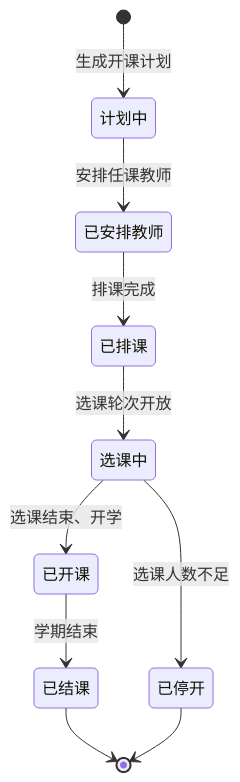
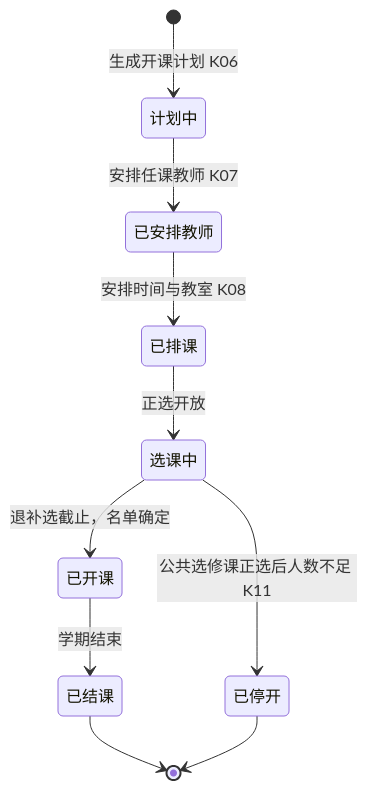
Before and after one commit to We1chan/databasecoursedesign: the ninth of 14 diagrams in docs/需求分析文档.md, drawn with Mermaid. The commit also changed other lines of this file and 29 other files, not shown here.

````diff
--- a/docs/需求分析文档.md
+++ b/docs/需求分析文档.md
@@ -1060,19 +747,19 @@
 ```mermaid
 stateDiagram-v2
     state "计划中" as A
     state "已安排教师" as B
     state "已排课" as C
     state "选课中" as D
     state "已开课" as E
     state "已结课" as F
     state "已停开" as X
-    [*] --> A : 生成开课计划
-    A --> B : 安排任课教师
-    B --> C : 排课完成
-    C --> D : 选课轮次开放
-    D --> E : 选课结束、开学
-    D --> X : 选课人数不足
+    [*] --> A : 生成开课计划 K06
+    A --> B : 安排任课教师 K07
+    B --> C : 安排时间与教室 K08
+    C --> D : 正选开放
+    D --> X : 公共选修课正选后人数不足 K11
+    D --> E : 退补选截止，名单确定
     E --> F : 学期结束
     F --> [*]
     X --> [*]
 ```
````
